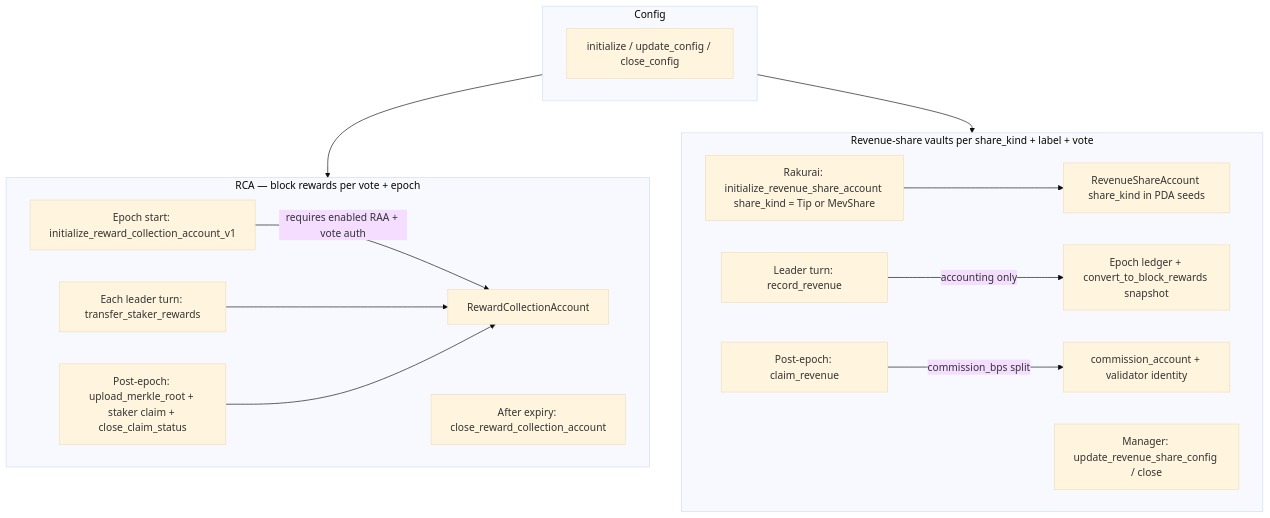
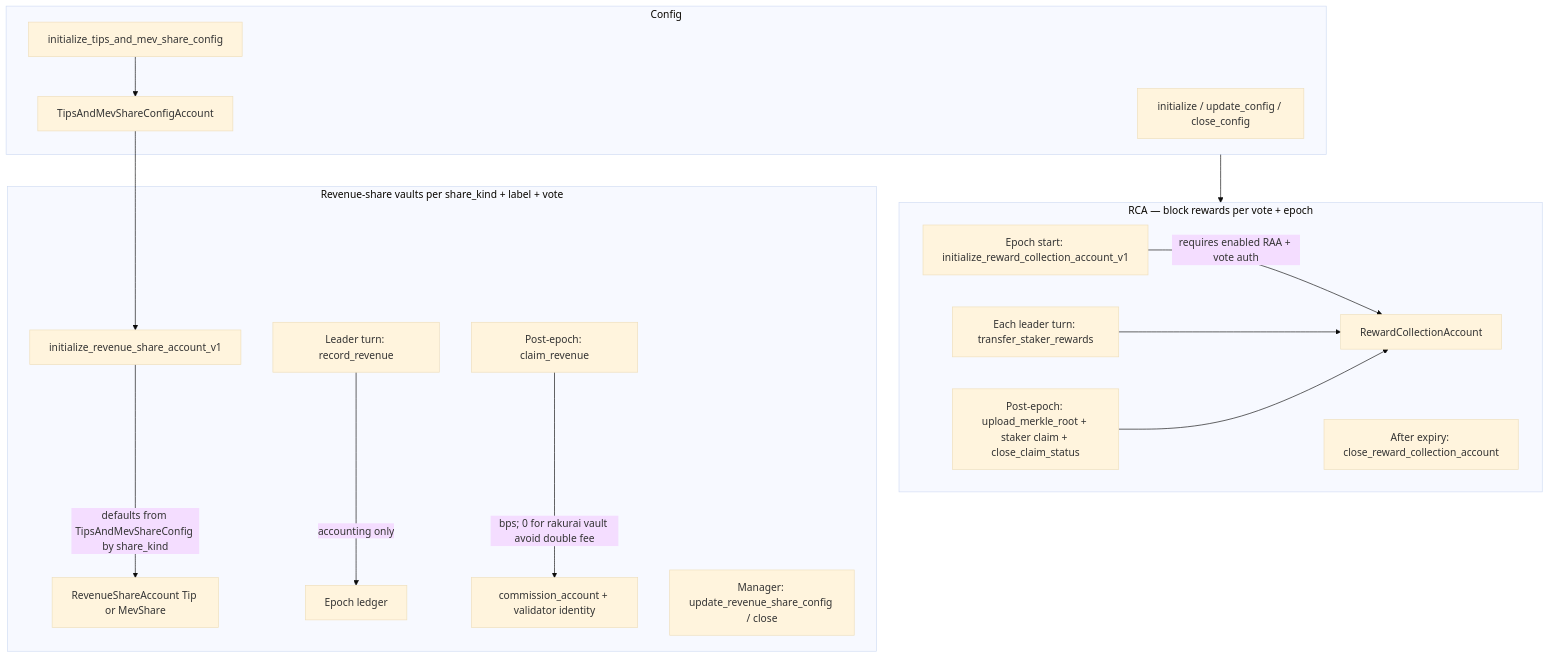
Before and after one commit to rakurai-io/rakurai_programs: the second of 4 diagrams in diagram/program-flow-diagrams.md, drawn with Mermaid (base theme). The commit also changed other lines of this file and 5 other files, not shown here.

Commit message:
initial commmit: added change_tip_receiver_v2 and use commission based on TCA value

````diff
--- a/diagram/program-flow-diagrams.md
+++ b/diagram/program-flow-diagrams.md
@@ -60,29 +60,31 @@
 ```mermaid
 flowchart TD
     subgraph config [Config]
         RD0[initialize / update_config / close_config]
+        TM0[initialize_tips_and_mev_share_config]
+        TM0 --> TMC[TipsAndMevShareConfigAccount]
     end
 
     subgraph rca [RCA — block rewards per vote + epoch]
         R1[Epoch start: initialize_reward_collection_account_v1]
         R1 -->|requires enabled RAA + vote auth| RCA[RewardCollectionAccount]
         R2[Each leader turn: transfer_staker_rewards]
         R2 --> RCA
         R3[Post-epoch: upload_merkle_root + staker claim + close_claim_status]
         R3 --> RCA
         R4[After expiry: close_reward_collection_account]
     end
 
     subgraph revenue [Revenue-share vaults per share_kind + label + vote]
-        P0[Rakurai: initialize_revenue_share_account share_kind = Tip or MevShare]
-        P0 --> PTS[RevenueShareAccount share_kind in PDA seeds]
+        P0[initialize_revenue_share_account_v1]
+        P0 -->|defaults from TipsAndMevShareConfig by share_kind| PTS[RevenueShareAccount Tip or MevShare]
         P1[Leader turn: record_revenue]
-        P1 -->|accounting only| LEDGER[Epoch ledger + convert_to_block_rewards snapshot]
+        P1 -->|accounting only| LEDGER[Epoch ledger]
         P2[Post-epoch: claim_revenue]
-        P2 -->|commission_bps split| PAY[commission_account + validator identity]
+        P2 -->|bps; 0 for rakurai vault avoid double fee| PAY[commission_account + validator identity]
         P3[Manager: update_revenue_share_config / close]
     end
 
     config --> rca
-    config --> revenue
+    TMC --> P0
 ```
````
